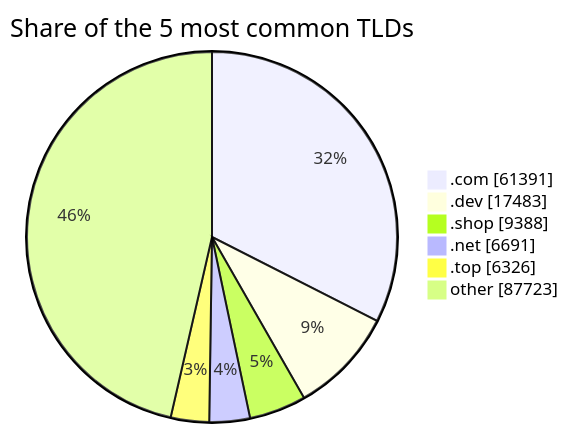
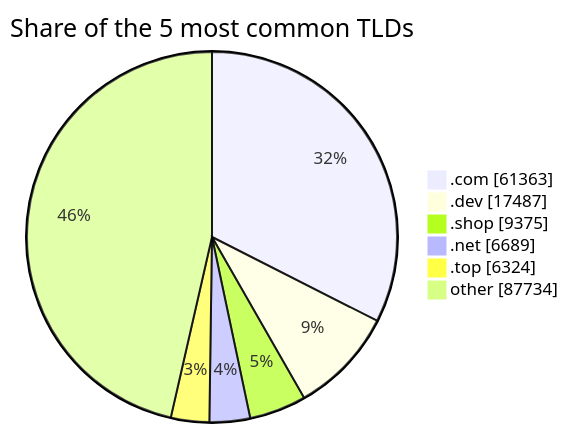
One commit to DNSBunker/CTI changed the third of 3 diagrams in README.md. Above: the diagram before and after it, drawn with Mermaid. The commit also changed other lines of this file and 3 other files, not shown here.

````diff
--- a/README.md
+++ b/README.md
@@ -81,9 +81,9 @@
 ```mermaid
 pie showData title Share of the 5 most common TLDs
-    ".com" : 61391
-    ".dev" : 17483
-    ".shop" : 9388
-    ".net" : 6691
-    ".top" : 6326
-    "other" : 87723
+    ".com" : 61363
+    ".dev" : 17487
+    ".shop" : 9375
+    ".net" : 6689
+    ".top" : 6324
+    "other" : 87734
 ```
````
